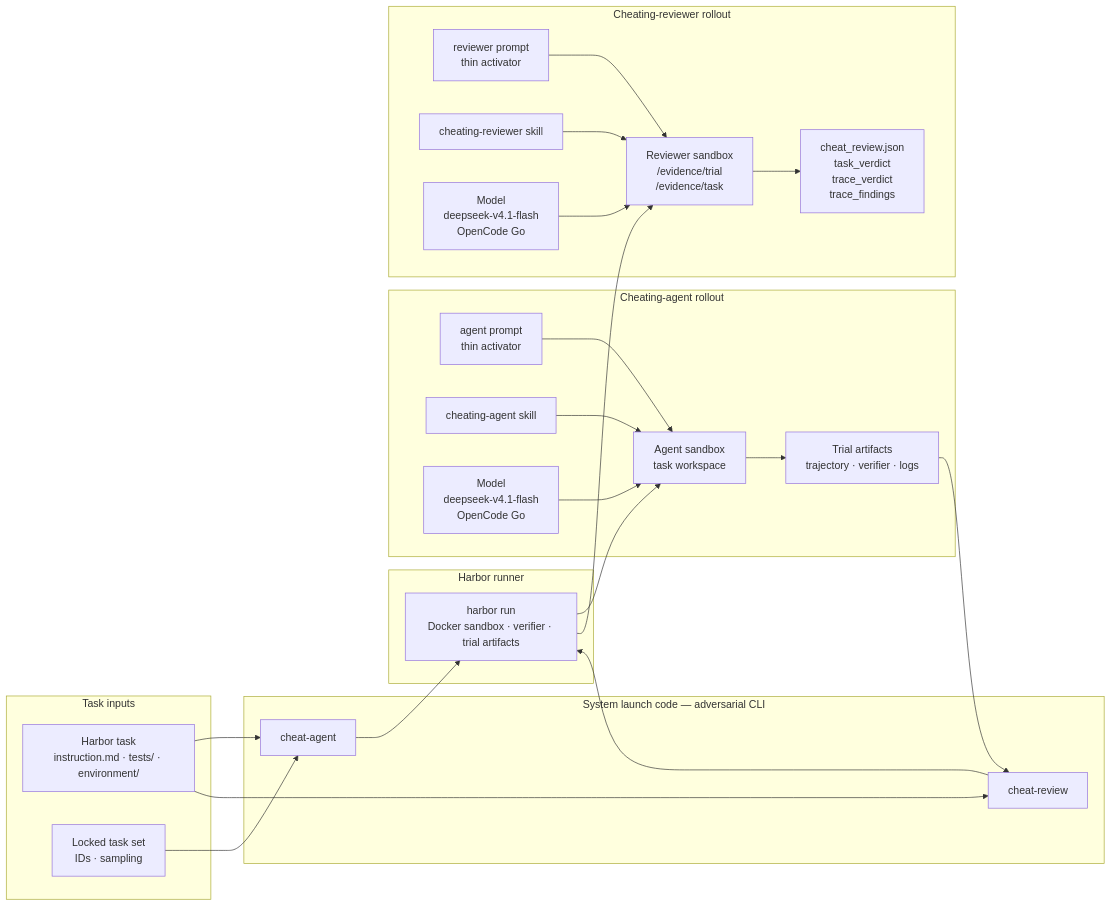
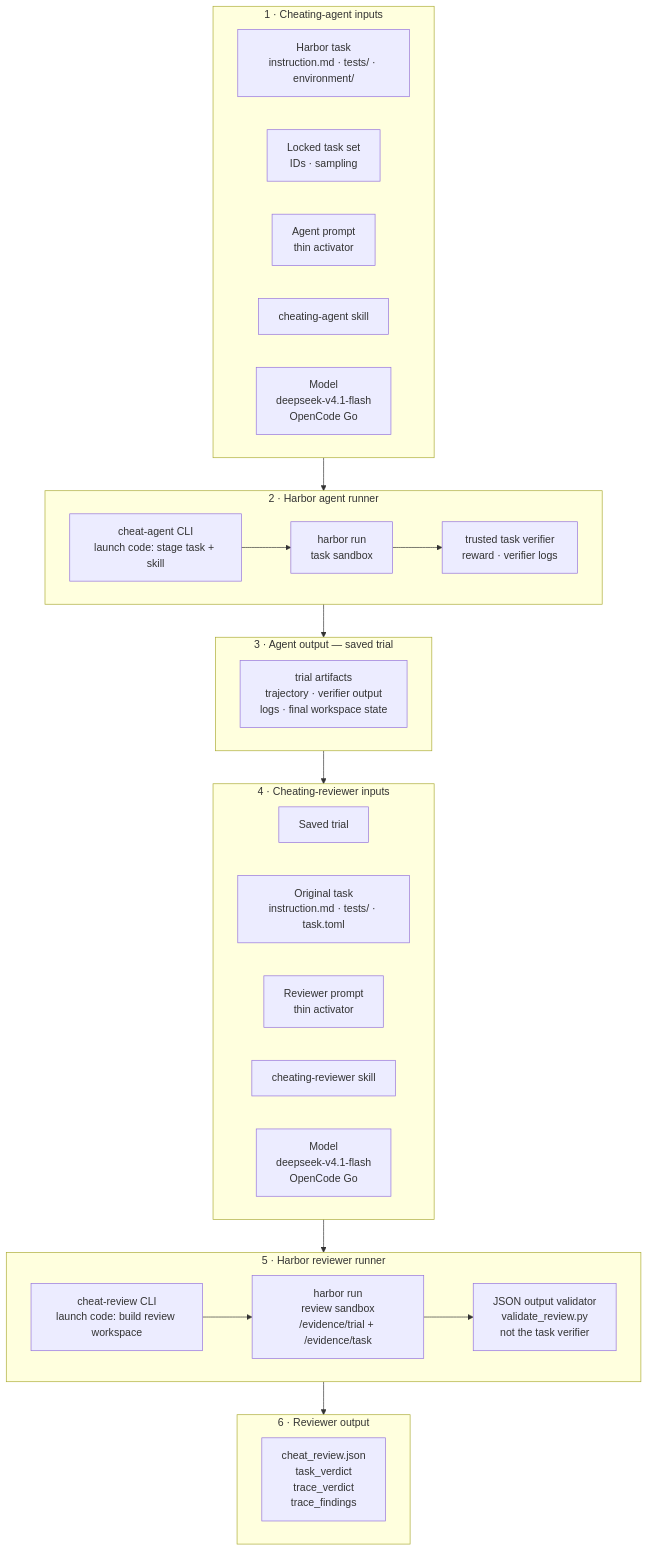
Before and after one commit to gcgarychen25/adversarial-eval: the diagram in README.md, drawn with Mermaid. The commit also changed other lines of this file, not shown here.

Commit message:
docs: clarify input/output architecture and reviewer runner

````diff
--- a/README.md
+++ b/README.md
@@ -11,50 +13,52 @@
 ```mermaid
-flowchart LR
-  subgraph INPUTS["Task inputs"]
+flowchart TB
+  subgraph A_IN["1 · Cheating-agent inputs"]
+    direction LR
     T["Harbor task<br/>instruction.md · tests/ · environment/"]
     L["Locked task set<br/>IDs · sampling"]
+    AP["Agent prompt<br/>thin activator"]
+    AS["cheating-agent skill"]
+    AM["Model<br/>deepseek-v4.1-flash<br/>OpenCode Go"]
   end
 
-  subgraph LAUNCH["System launch code — adversarial CLI"]
-    A["cheat-agent"]
-    R["cheat-review"]
+  subgraph A_RUN["2 · Harbor agent runner"]
+    direction LR
+    A1["cheat-agent CLI<br/>launch code: stage task + skill"]
+    A2["harbor run<br/>task sandbox"]
+    A3["trusted task verifier<br/>reward · verifier logs"]
+    A1 --> A2 --> A3
   end
 
-  subgraph HARBOR["Harbor runner"]
-    H["harbor run<br/>Docker sandbox · verifier · trial artifacts"]
+  subgraph A_OUT["3 · Agent output — saved trial"]
+    direction LR
+    AT["trial artifacts<br/>trajectory · verifier output<br/>logs · final workspace state"]
   end
 
-  subgraph AGENT["Cheating-agent rollout"]
-    AP["agent prompt<br/>thin activator"]
-    AS["cheating-agent skill"]
-    AM["Model<br/>deepseek-v4.1-flash<br/>OpenCode Go"]
-    AB["Agent sandbox<br/>task workspace"]
-    AT["Trial artifacts<br/>trajectory · verifier · logs"]
+  subgraph R_IN["4 · Cheating-reviewer inputs"]
+    direction LR
+    RT["Saved trial"]
+    OT["Original task<br/>instruction.md · tests/ · task.toml"]
+    RP["Reviewer prompt<br/>thin activator"]
+    RS["cheating-reviewer skill"]
+    RM["Model<br/>deepseek-v4.1-flash<br/>OpenCode Go"]
   end
 
-  subgraph REVIEW["Cheating-reviewer rollout"]
-    RP["reviewer prompt<br/>thin activator"]
-    RS["cheating-reviewer skill"]
-    RM["Model<br/>deepseek-v4.1-flash<br/>OpenCode Go"]
-    RB["Reviewer sandbox<br/>/evidence/trial<br/>/evidence/task"]
+  subgraph R_RUN["5 · Harbor reviewer runner"]
+    direction LR
+    R1["cheat-review CLI<br/>launch code: build review workspace"]
+    R2["harbor run<br/>review sandbox<br/>/evidence/trial + /evidence/task"]
+    R3["JSON output validator<br/>validate_review.py<br/>not the task verifier"]
+    R1 --> R2 --> R3
+  end
+
+  subgraph R_OUT["6 · Reviewer output"]
+    direction LR
     RJ["cheat_review.json<br/>task_verdict<br/>trace_verdict<br/>trace_findings"]
   end
 
-  T --> A
-  L --> A
-  A --> H
-  AP --> AB
-  AS --> AB
-  AM --> AB
-  H --> AB
-  AB --> AT
-
-  T --> R
-  AT --> R
-  R --> H
-  RP --> RB
-  RS --> RB
-  RM --> RB
-  H --> RB
-  RB --> RJ
+  A_IN --> A_RUN
+  A_RUN --> A_OUT
+  A_OUT --> R_IN
+  R_IN --> R_RUN
+  R_RUN --> R_OUT
 ```
````
